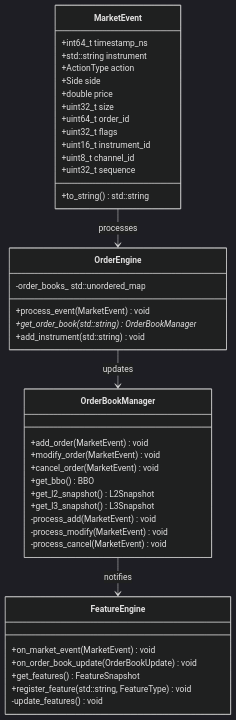
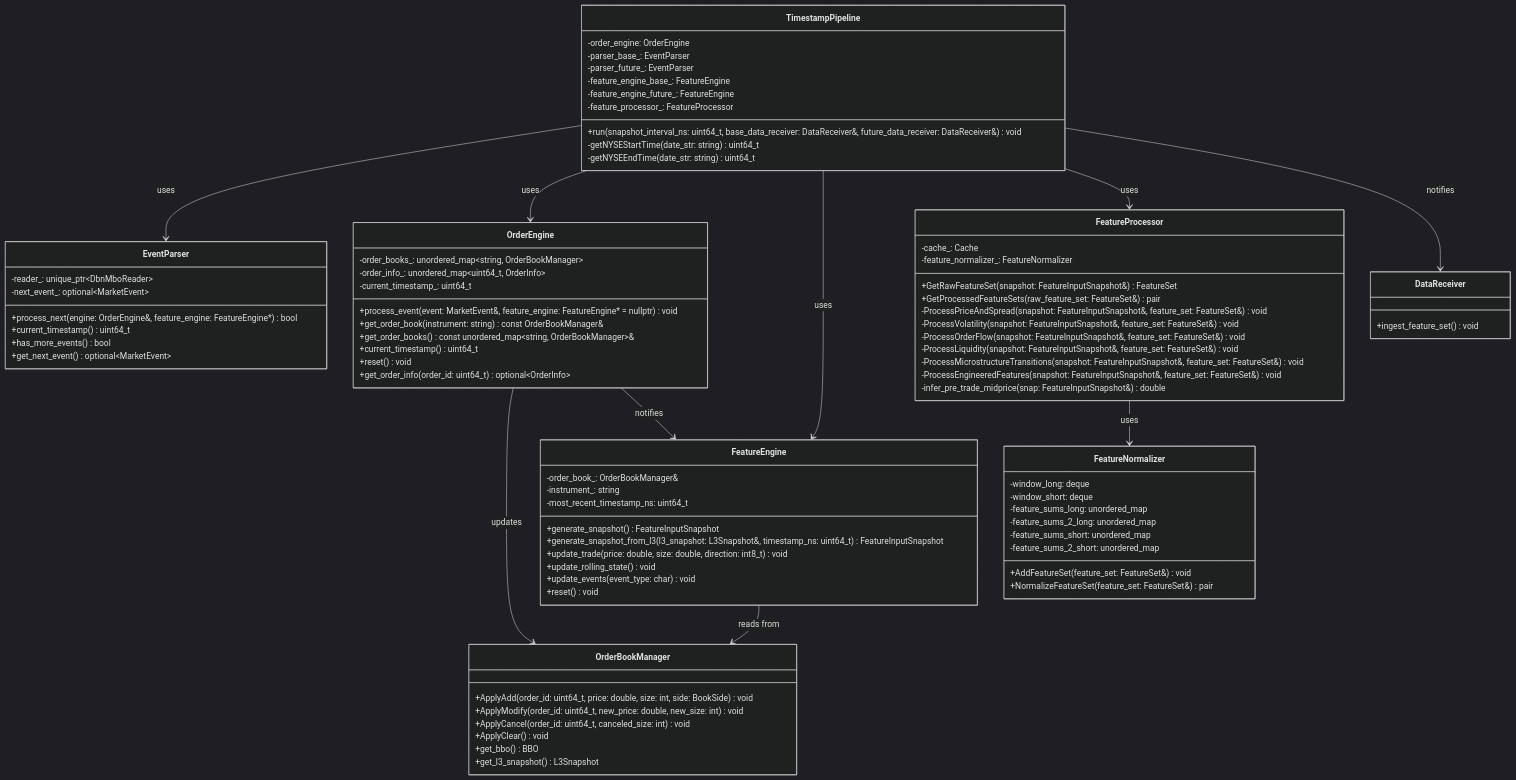
The second of 9 diagrams in docs/architecture.md (JackDamato/micro-regime-propogation), drawn with Mermaid (dark theme) before and after one commit. The commit also changed other lines of this file, not shown here.

````diff
--- a/docs/architecture.md
+++ b/docs/architecture.md
@@ -41,48 +59,95 @@
 ```mermaid
 classDiagram
-    class MarketEvent {
-        +int64_t timestamp_ns
-        +std::string instrument
-        +ActionType action
-        +Side side
-        +double price
-        +uint32_t size
-        +uint64_t order_id
-        +uint32_t flags
-        +uint16_t instrument_id
-        +uint8_t channel_id
-        +uint32_t sequence
-        +to_string() std::string
+    class TimestampPipeline {
+        +run(snapshot_interval_ns: uint64_t, base_data_receiver: DataReceiver&, future_data_receiver: DataReceiver&) void
+        -getNYSEStartTime(date_str: string) uint64_t
+        -getNYSEEndTime(date_str: string) uint64_t
+        -order_engine: OrderEngine
+        -parser_base_: EventParser
+        -parser_future_: EventParser
+        -feature_engine_base_: FeatureEngine
+        -feature_engine_future_: FeatureEngine
+        -feature_processor_: FeatureProcessor
     }
-    
+
+    class EventParser {
+        +process_next(engine: OrderEngine&, feature_engine: FeatureEngine*) bool
+        +current_timestamp() uint64_t
+        +has_more_events() bool
+        +get_next_event() optional~MarketEvent~
+        -reader_: unique_ptr~DbnMboReader~
+        -next_event_: optional~MarketEvent~
+    }
+
+    class OrderEngine {
+        +process_event(event: MarketEvent&, feature_engine: FeatureEngine* = nullptr) void
+        +get_order_book(instrument: string) const OrderBookManager&
+        +get_order_books() const unordered_map~string, OrderBookManager~&
+        +current_timestamp() uint64_t
+        +reset() void
+        +get_order_info(order_id: uint64_t) optional~OrderInfo~
+        -order_books_: unordered_map~string, OrderBookManager~
+        -order_info_: unordered_map~uint64_t, OrderInfo~
+        -current_timestamp_: uint64_t
+    }
+
     class OrderBookManager {
-        +add_order(MarketEvent) void
-        +modify_order(MarketEvent) void
-        +cancel_order(MarketEvent) void
+        +ApplyAdd(order_id: uint64_t, price: double, size: int, side: BookSide) void
+        +ApplyModify(order_id: uint64_t, new_price: double, new_size: int) void
+        +ApplyCancel(order_id: uint64_t, canceled_size: int) void
+        +ApplyClear() void
         +get_bbo() BBO
-        +get_l2_snapshot() L2Snapshot
         +get_l3_snapshot() L3Snapshot
-        -process_add(MarketEvent) void
-        -process_modify(MarketEvent) void
-        -process_cancel(MarketEvent) void
     }
-    
+
     class FeatureEngine {
-        +on_market_event(MarketEvent) void
-        +on_order_book_update(OrderBookUpdate) void
-        +get_features() FeatureSnapshot
-        +register_feature(std::string, FeatureType) void
-        -update_features() void
+        +generate_snapshot() FeatureInputSnapshot
+        +generate_snapshot_from_l3(l3_snapshot: L3Snapshot&, timestamp_ns: uint64_t) FeatureInputSnapshot
+        +update_trade(price: double, size: double, direction: int8_t) void
+        +update_rolling_state() void
+        +update_events(event_type: char) void
+        +reset() void
+        -order_book_: OrderBookManager&
+        -instrument_: string
+        -most_recent_timestamp_ns: uint64_t
     }
-    
-    class OrderEngine {
-        +process_event(MarketEvent) void
-        +get_order_book(std::string) OrderBookManager*
-        +add_instrument(std::string) void
-        -order_books_ std::unordered_map<std::string, OrderBookManager>
+
+    class FeatureProcessor {
+        +GetRawFeatureSet(snapshot: FeatureInputSnapshot&) FeatureSet
+        +GetProcessedFeatureSets(raw_feature_set: FeatureSet&) pair<FeatureSet, FeatureSet>
+        -ProcessPriceAndSpread(snapshot: FeatureInputSnapshot&, feature_set: FeatureSet&) void
+        -ProcessVolatility(snapshot: FeatureInputSnapshot&, feature_set: FeatureSet&) void
+        -ProcessOrderFlow(snapshot: FeatureInputSnapshot&, feature_set: FeatureSet&) void
+        -ProcessLiquidity(snapshot: FeatureInputSnapshot&, feature_set: FeatureSet&) void
+        -ProcessMicrostructureTransitions(snapshot: FeatureInputSnapshot&, feature_set: FeatureSet&) void
+        -ProcessEngineeredFeatures(snapshot: FeatureInputSnapshot&, feature_set: FeatureSet&) void
+        -infer_pre_trade_midprice(snap: FeatureInputSnapshot&) double
+        -cache_: Cache
+        -feature_normalizer_: FeatureNormalizer
     }
-    
-    MarketEvent --> OrderEngine : processes
+
+    class FeatureNormalizer {
+        +AddFeatureSet(feature_set: FeatureSet&) void
+        +NormalizeFeatureSet(feature_set: FeatureSet&) pair<FeatureSet, FeatureSet>
+        -window_long: deque<FeatureSet>
+        -window_short: deque<FeatureSet>
+        -feature_sums_long: unordered_map<string, double>
+        -feature_sums_2_long: unordered_map<string, double>
+        -feature_sums_short: unordered_map<string, double>
+        -feature_sums_2_short: unordered_map<string, double>
+    }
+
+    class DataReceiver {
+        +ingest_feature_set() void
+    }
+
+    TimestampPipeline --> EventParser : uses
+    TimestampPipeline --> OrderEngine : uses
+    TimestampPipeline --> FeatureEngine : uses
+    TimestampPipeline --> FeatureProcessor : uses
+    TimestampPipeline --> DataReceiver : notifies
     OrderEngine --> OrderBookManager : updates
-    OrderBookManager --> FeatureEngine : notifies
+    OrderEngine --> FeatureEngine : notifies
+    FeatureEngine --> OrderBookManager : reads from
+    FeatureProcessor --> FeatureNormalizer : uses
 ```
````
